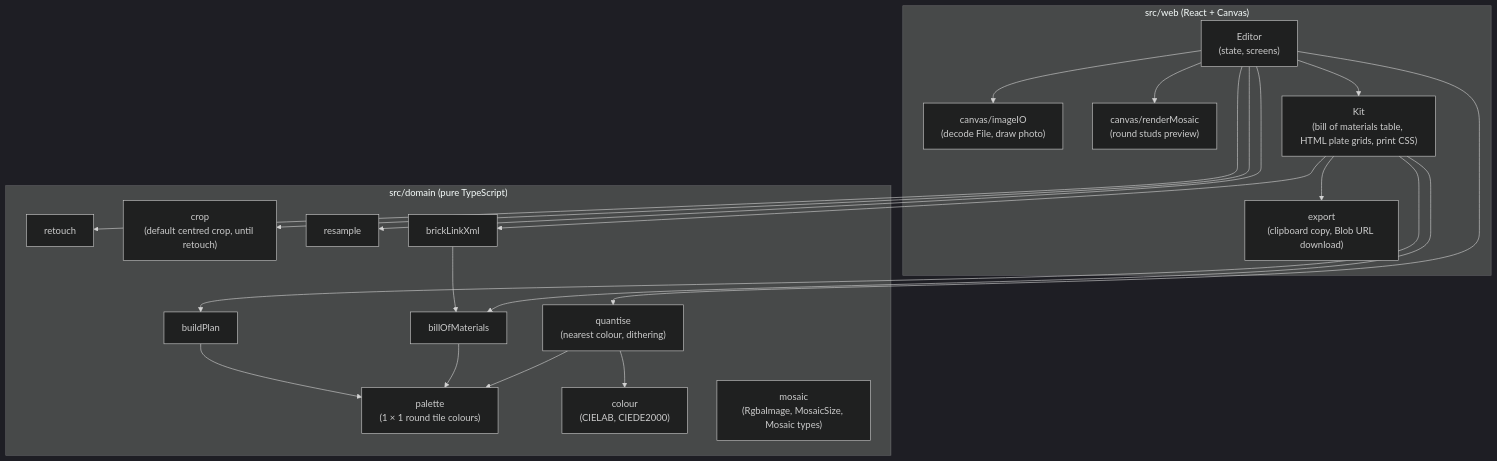
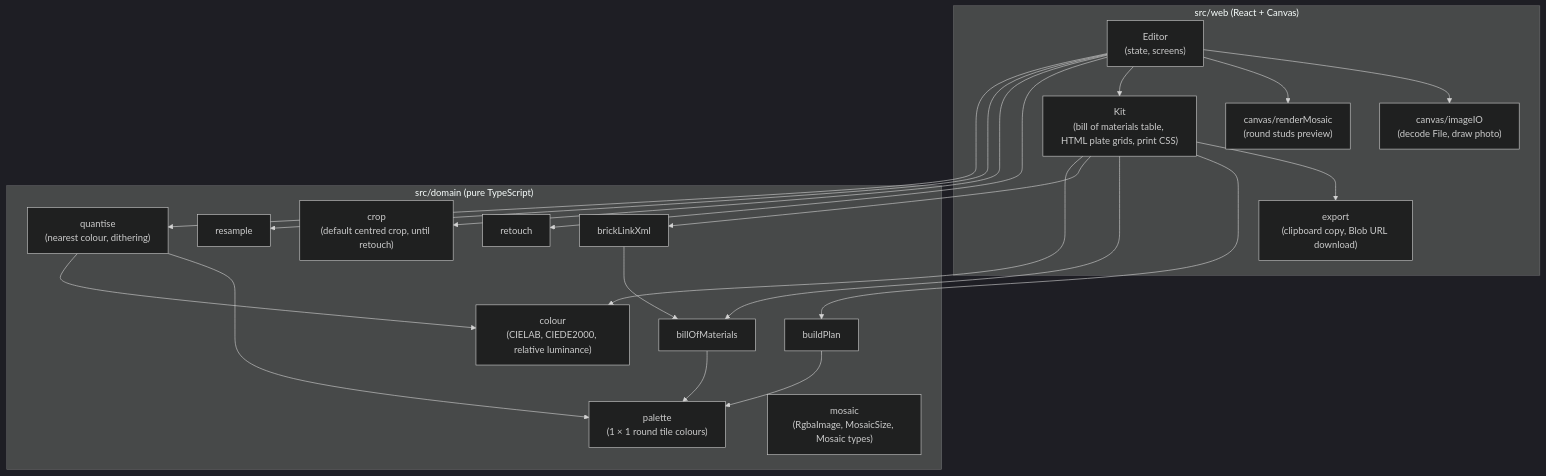
Before and after one commit to benoit-bremaud/brickpix: the diagram in docs/architecture/diagrams/mosaic/03-component.md, drawn with Mermaid (dark theme). The commit also changed 14 other files, not shown here.

````diff
--- a/docs/architecture/diagrams/mosaic/03-component.md
+++ b/docs/architecture/diagrams/mosaic/03-component.md
@@ -10,40 +10,41 @@
 ```mermaid
 flowchart TB
     subgraph web["src/web (React + Canvas)"]
         Editor["Editor<br/>(state, screens)"]
         ImageIO["canvas/imageIO<br/>(decode File, draw photo)"]
         Render["canvas/renderMosaic<br/>(round studs preview)"]
         Kit["Kit<br/>(bill of materials table, HTML plate grids, print CSS)"]
         Export["export<br/>(clipboard copy, Blob URL download)"]
     end
 
     subgraph domain["src/domain (pure TypeScript)"]
         Retouch["retouch"]
         Crop["crop<br/>(default centred crop, until retouch)"]
         Resample["resample"]
         Palette["palette<br/>(1 × 1 round tile colours)"]
         Quantise["quantise<br/>(nearest colour, dithering)"]
-        Colour["colour<br/>(CIELAB, CIEDE2000)"]
+        Colour["colour<br/>(CIELAB, CIEDE2000, relative luminance)"]
         Mosaic["mosaic<br/>(RgbaImage, MosaicSize, Mosaic types)"]
         Plan["buildPlan"]
         Bom["billOfMaterials"]
         BrickLink["brickLinkXml"]
     end
 
     Editor --> ImageIO
     Editor --> Render
     Editor --> Kit
     Kit --> Export
     Editor --> Retouch
     Editor --> Crop
     Editor --> Resample
     Editor --> Quantise
     Kit --> Plan
     Kit --> Bom
     Kit --> BrickLink
+    Kit --> Colour
     Quantise --> Palette
     Quantise --> Colour
     Bom --> Palette
     BrickLink --> Bom
     Plan --> Palette
 ```
````
